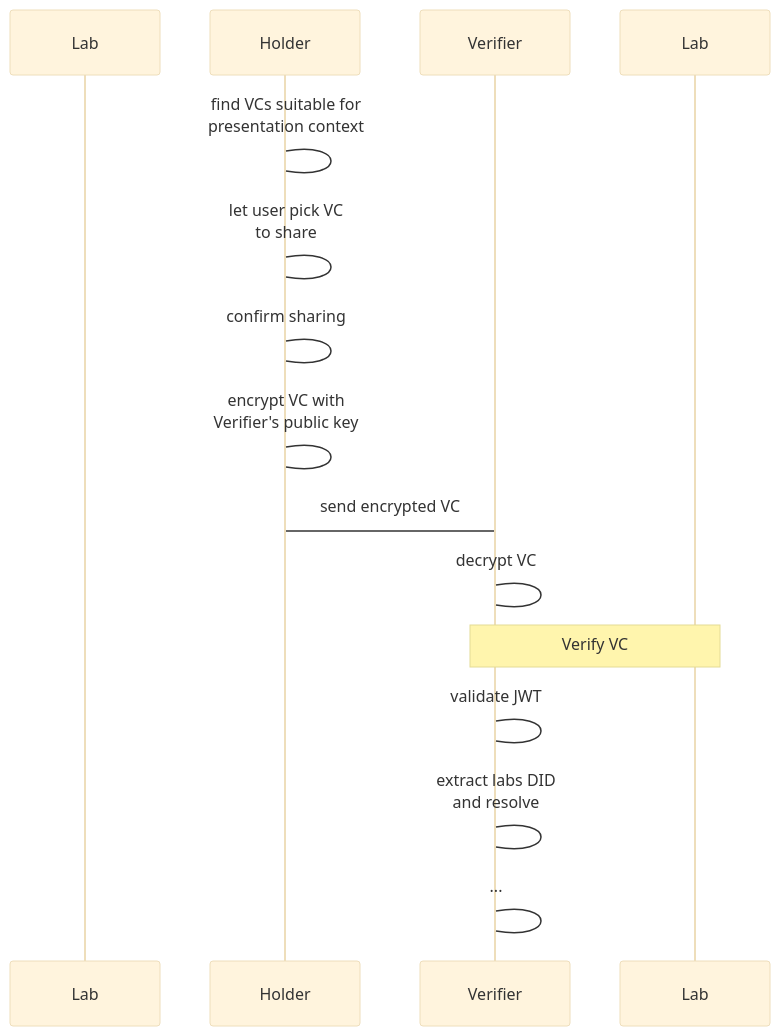
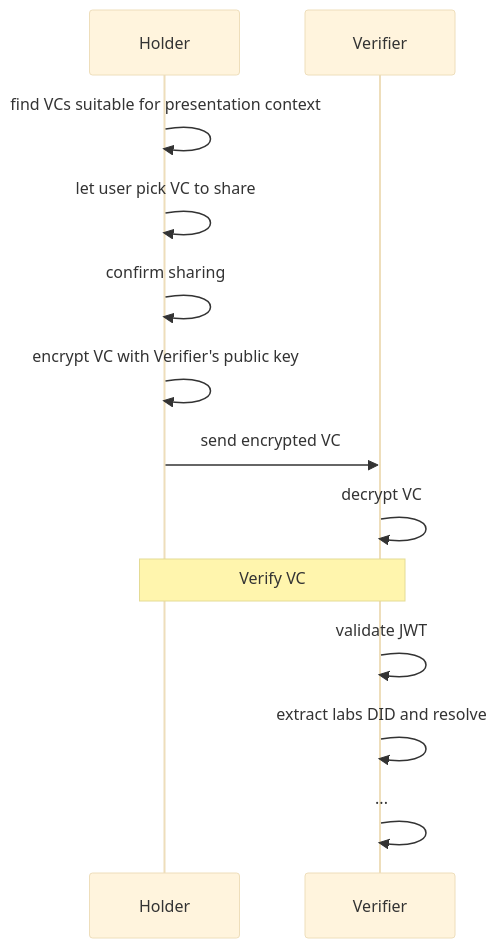
One commit to smart-on-fhir/health-cards changed the fourth of 4 diagrams in docs/index.md. Above: the diagram before and after it, drawn with Mermaid (base theme). The commit also changed other lines of this file, not shown here.

````diff
--- a/docs/index.md
+++ b/docs/index.md
@@ -504,18 +492,17 @@
 ```mermaid
 sequenceDiagram
-participant Laboratory as Lab
 participant Holder
 participant Verifier
 
-Holder -> Holder: find VCs suitable for<br>presentation context
-Holder -> Holder: let user pick VC<br>to share
-Holder -> Holder: confirm sharing
-Holder -> Holder: encrypt VC with<br>Verifier's public key
-Holder -> Verifier: send encrypted VC
-Verifier -> Verifier: decrypt VC
+Holder ->> Holder: find VCs suitable for presentation context
+Holder ->> Holder: let user pick VC to share
+Holder ->> Holder: confirm sharing
+Holder ->> Holder: encrypt VC with Verifier's public key
+Holder ->> Verifier: send encrypted VC
+Verifier ->> Verifier: decrypt VC
 
-note over Lab, Verifier: Verify VC
-Verifier -> Verifier: validate JWT
-Verifier -> Verifier: extract labs DID<br>and resolve
-Verifier -> Verifier: ...
+note over Holder, Verifier: Verify VC
+Verifier ->> Verifier: validate JWT
+Verifier ->> Verifier: extract labs DID and resolve
+Verifier ->> Verifier: ...
 ```
````
